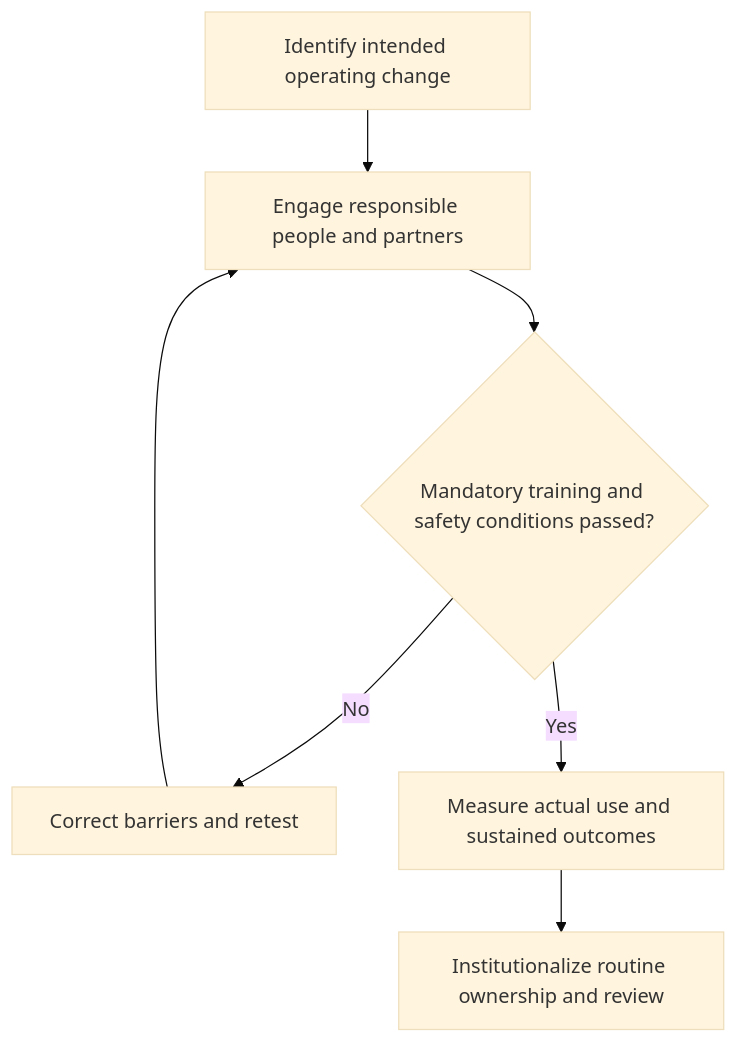
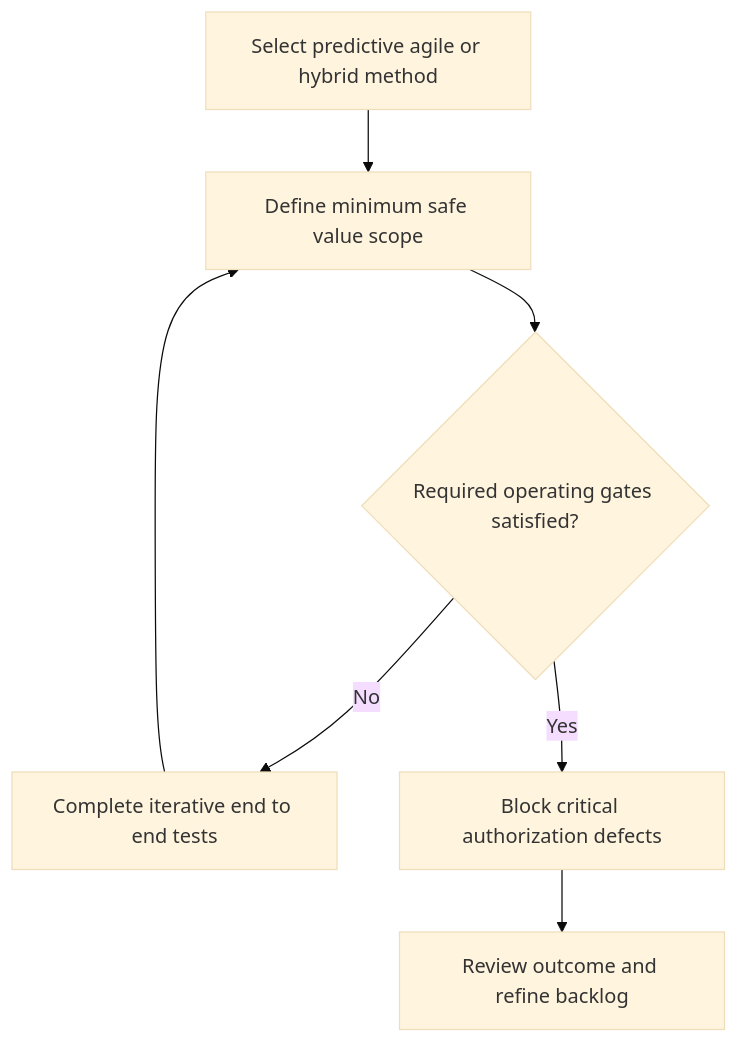
One commit to theleanx/SupplyChain-Design-Notes changed the diagram in 08-optimization-sustainability-technology/section-c-technology-trends/15-predictive-agile-delivery-and-integrated-change-control.md. Above: the diagram before and after it, drawn with Mermaid (base theme). The commit also changed other lines of this file and 8 other files, not shown here.

Commit message:
refactor(module8): make C10-C18 decision logic, Mermaid, and practitioner notes topic-specific

````diff
--- a/08-optimization-sustainability-technology/section-c-technology-trends/15-predictive-agile-delivery-and-integrated-change-control.md
+++ b/08-optimization-sustainability-technology/section-c-technology-trends/15-predictive-agile-delivery-and-integrated-change-control.md
@@ -40,9 +40,9 @@
 ```mermaid
 flowchart TD
-    A[Identify intended operating change] --> B[Engage responsible people and partners]
-    B --> C{Mandatory training and safety conditions passed?}
-    C -- No --> D[Correct barriers and retest]
+    A[Select predictive agile or hybrid method] --> B[Define minimum safe value scope]
+    B --> C{Required operating gates satisfied?}
+    C -- No --> D[Complete iterative end to end tests]
     D --> B
-    C -- Yes --> E[Measure actual use and sustained outcomes]
-    E --> F[Institutionalize routine ownership and review]
+    C -- Yes --> E[Block critical authorization defects]
+    E --> F[Review outcome and refine backlog]
 ```
````
